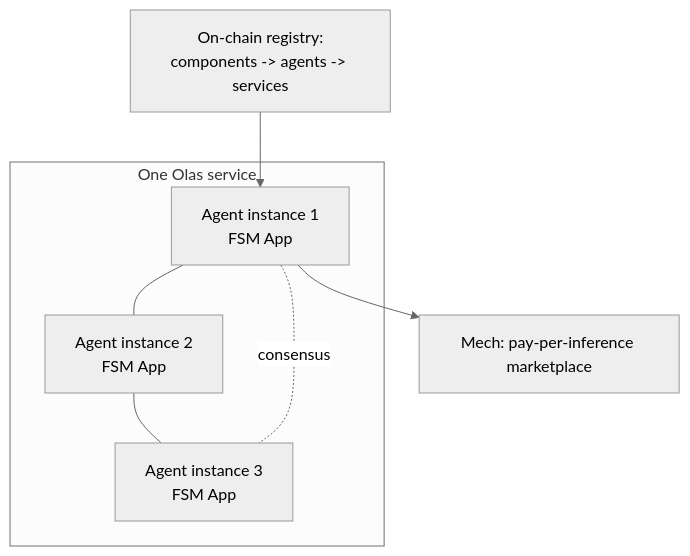
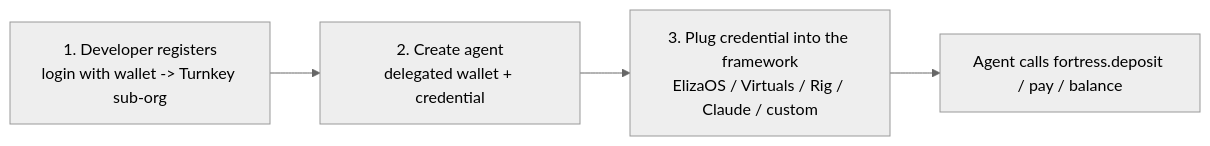
The first of 3 diagrams in AGENT_PLATFORMS_ARCHITECTURE.md (itsme-boii/archetectures), drawn with Mermaid (neutral theme) before and after one commit. The commit also changed other lines of this file, not shown here.

Commit message:
Rewrite AGENT_PLATFORMS_ARCHITECTURE: universal usage model, delegated-wallet + two-layer auth, per-platform flows

````diff
--- a/AGENT_PLATFORMS_ARCHITECTURE.md
+++ b/AGENT_PLATFORMS_ARCHITECTURE.md
@@ -205,10 +16,6 @@
 ```mermaid
-graph TB
-    subgraph "One Olas service"
-        A1[Agent instance 1<br/>FSM App] --- A2[Agent instance 2<br/>FSM App]
-        A2 --- A3[Agent instance 3<br/>FSM App]
-        A1 -. consensus .- A3
-    end
-    REG[On-chain registry:<br/>components -> agents -> services] --> A1
-    A1 --> MECH[Mech: pay-per-inference marketplace]
+graph LR
+    A[1. Developer registers<br/>login with wallet -> Turnkey sub-org] --> B[2. Create agent<br/>delegated wallet + credential]
+    B --> C[3. Plug credential into the framework<br/>ElizaOS / Virtuals / Rig / Claude / custom]
+    C --> D[Agent calls fortress.deposit / pay / balance]
 ```
````
